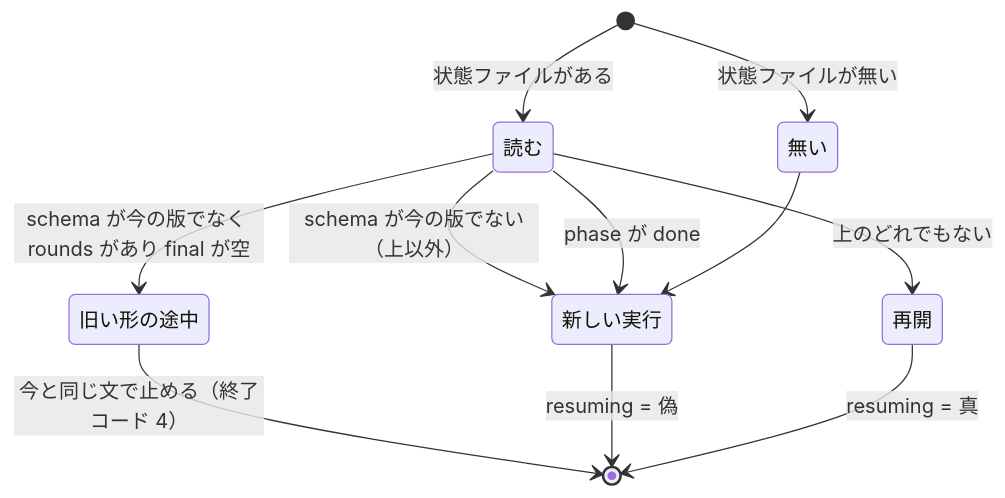
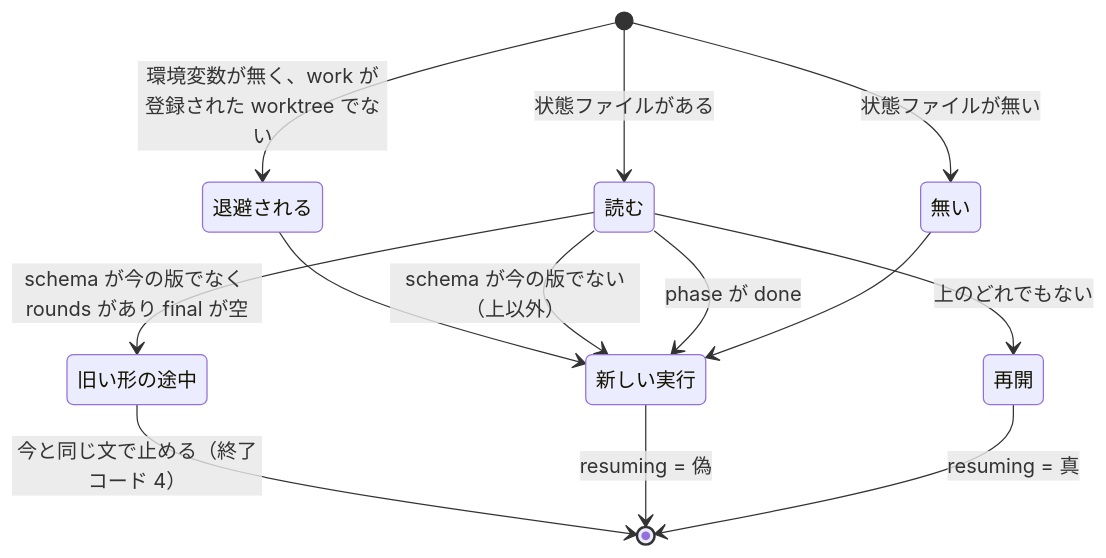
Before and after one commit to devbasex/ai-plugins: the fourth of 5 diagrams in issues/issue-1658-design.md, drawn with Mermaid. The commit also changed other lines of this file, not shown here.

````diff
--- a/issues/issue-1658-design.md
+++ b/issues/issue-1658-design.md
@@ -243,13 +243,15 @@
 ```mermaid
 stateDiagram-v2
+    [*] --> 退避される: 環境変数が無く、work が登録された worktree でない
     [*] --> 無い: 状態ファイルが無い
     [*] --> 読む: 状態ファイルがある
+    退避される --> 新しい実行
     読む --> 旧い形の途中: schema が今の版でなく rounds があり final が空
     読む --> 新しい実行: schema が今の版でない（上以外）
     読む --> 新しい実行: phase が done
     読む --> 再開: 上のどれでもない
     無い --> 新しい実行
     旧い形の途中 --> [*]: 今と同じ文で止める（終了コード 4）
     新しい実行 --> [*]: resuming = 偽
     再開 --> [*]: resuming = 真
 ```
````
